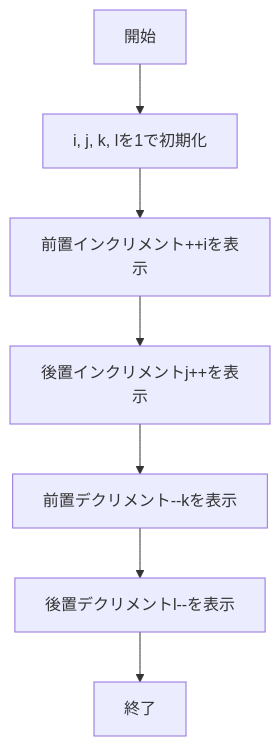
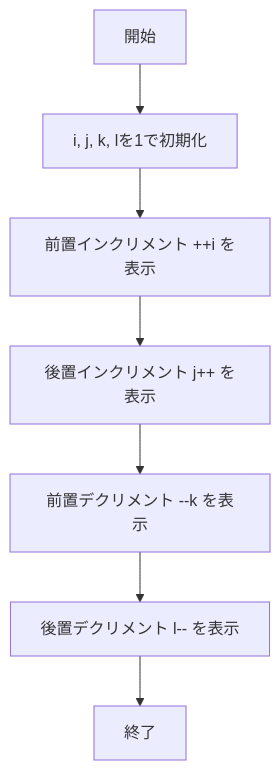
One commit to kanjiz/java-training-design-docs changed the second of 2 diagrams in chapter04/IncrementDecrement-README.md. Above: the diagram before and after it, drawn with Mermaid. The commit also changed other lines of this file and 3 other files, not shown here.

````diff
--- a/chapter04/IncrementDecrement-README.md
+++ b/chapter04/IncrementDecrement-README.md
@@ -53,9 +43,9 @@
 ```mermaid
 flowchart TD
     A[開始] --> B[i, j, k, lを1で初期化]
-    B --> C[前置インクリメント++iを表示]
-    C --> D[後置インクリメントj++を表示]
-    D --> E[前置デクリメント--kを表示]
-    E --> F[後置デクリメントl--を表示]
+    B --> C[前置インクリメント ++i を表示]
+    C --> D[後置インクリメント j++ を表示]
+    D --> E[前置デクリメント --k を表示]
+    E --> F[後置デクリメント l-- を表示]
     F --> G[終了]
 ```
````
